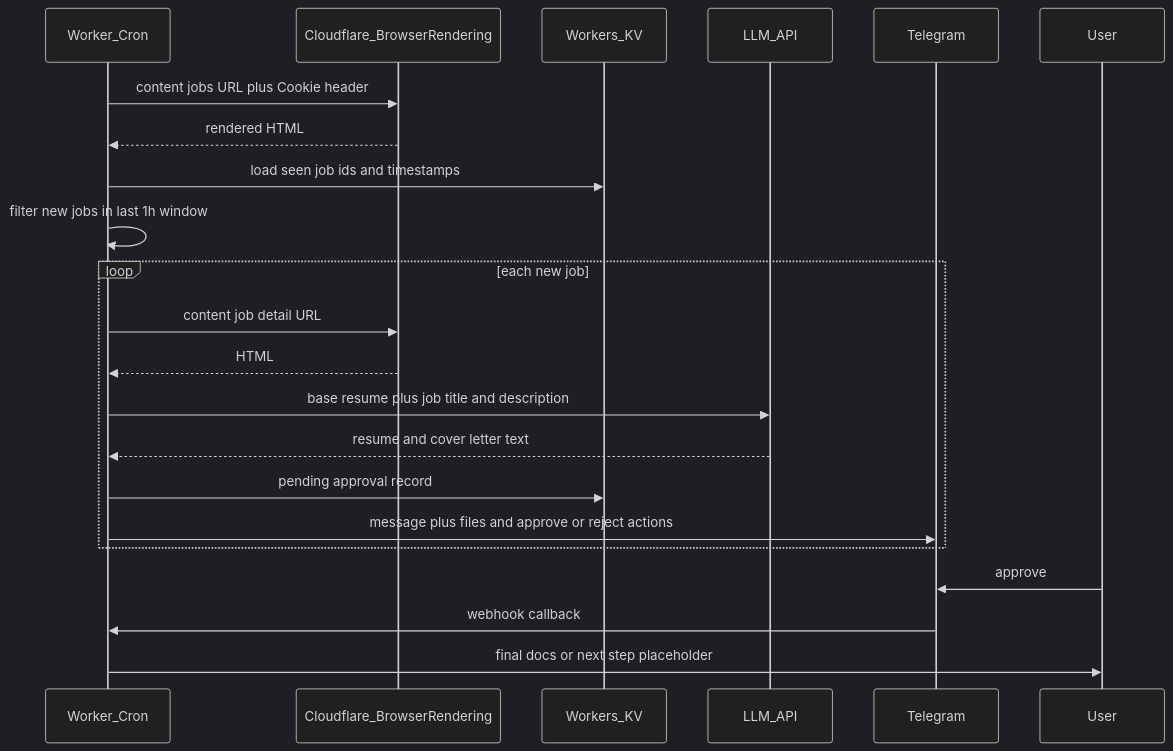
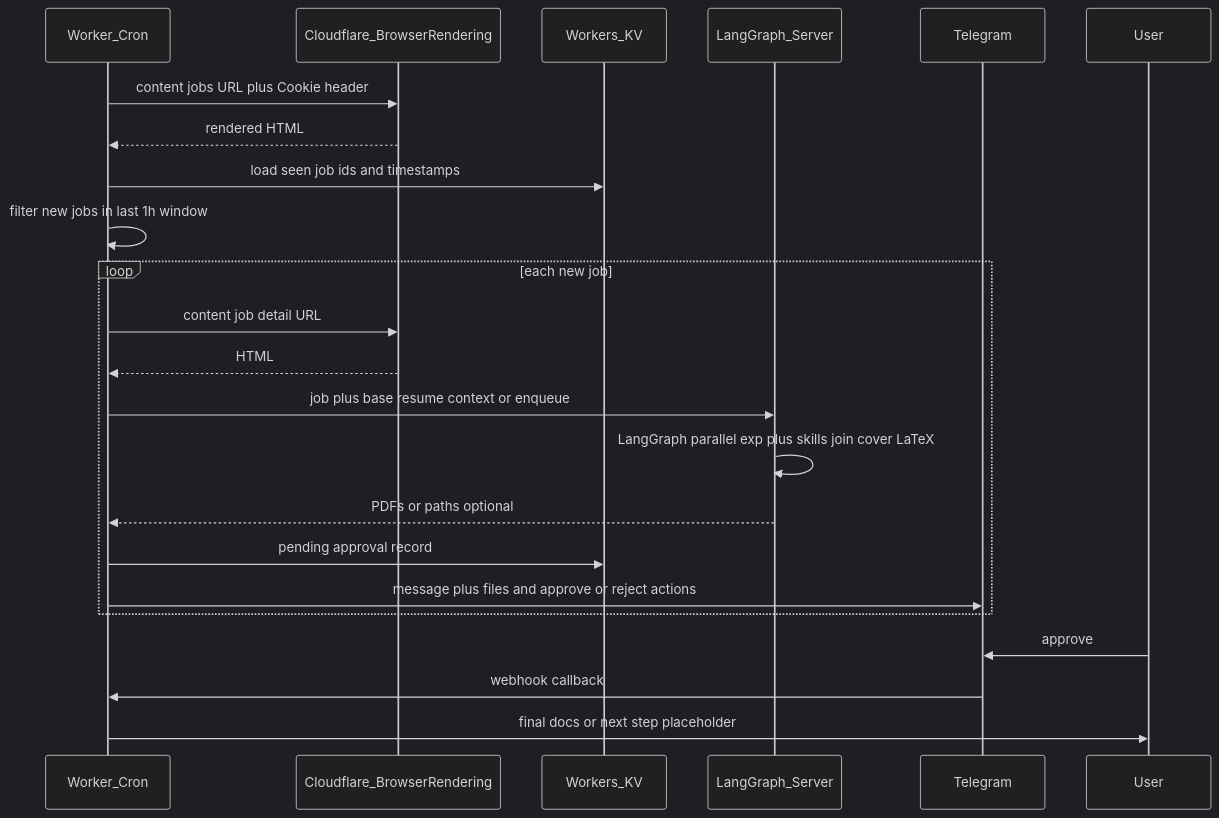
Before and after one commit to itsmrhem/apper: the second of 2 diagrams in .cursor/plans/handshake_job_automation_0e4ba78b.plan.md, drawn with Mermaid (dark theme). The commit also changed other lines of this file and 1 other file, not shown here.

````diff
--- a/.cursor/plans/handshake_job_automation_0e4ba78b.plan.md
+++ b/.cursor/plans/handshake_job_automation_0e4ba78b.plan.md
@@ -48,25 +79,26 @@
 ```mermaid
 sequenceDiagram
   participant Cron as Worker_Cron
   participant BR as Cloudflare_BrowserRendering
   participant KV as Workers_KV
-  participant LLM as LLM_API
+  participant Server as LangGraph_Server
   participant TG as Telegram
   participant You as User
 
   Cron->>BR: content jobs URL plus Cookie header
   BR-->>Cron: rendered HTML
   Cron->>KV: load seen job ids and timestamps
   Cron->>Cron: filter new jobs in last 1h window
   loop each new job
     Cron->>BR: content job detail URL
     BR-->>Cron: HTML
-    Cron->>LLM: base resume plus job title and description
-    LLM-->>Cron: resume and cover letter text
+    Cron->>Server: job plus base resume context or enqueue
+    Server->>Server: LangGraph parallel exp plus skills join cover LaTeX
+    Server-->>Cron: PDFs or paths optional
     Cron->>KV: pending approval record
     Cron->>TG: message plus files and approve or reject actions
   end
   You->>TG: approve
   TG->>Cron: webhook callback
   Cron->>You: final docs or next step placeholder
 ```
````
